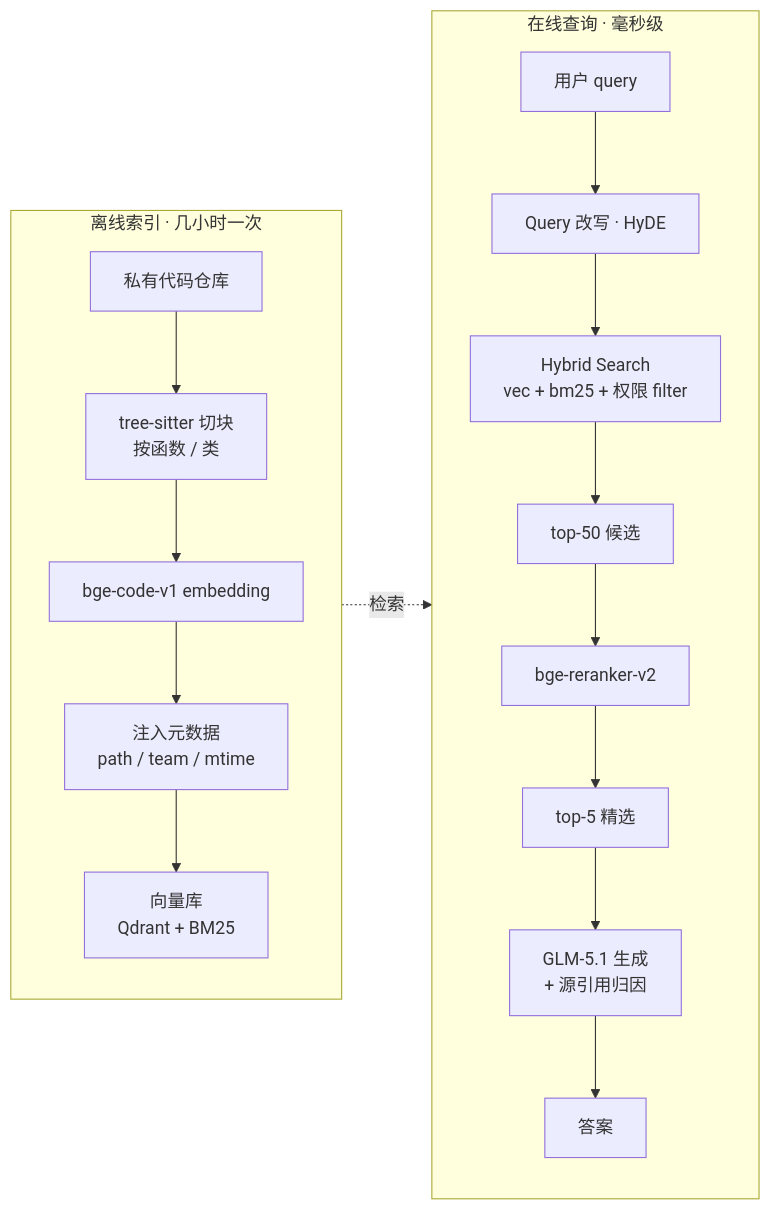
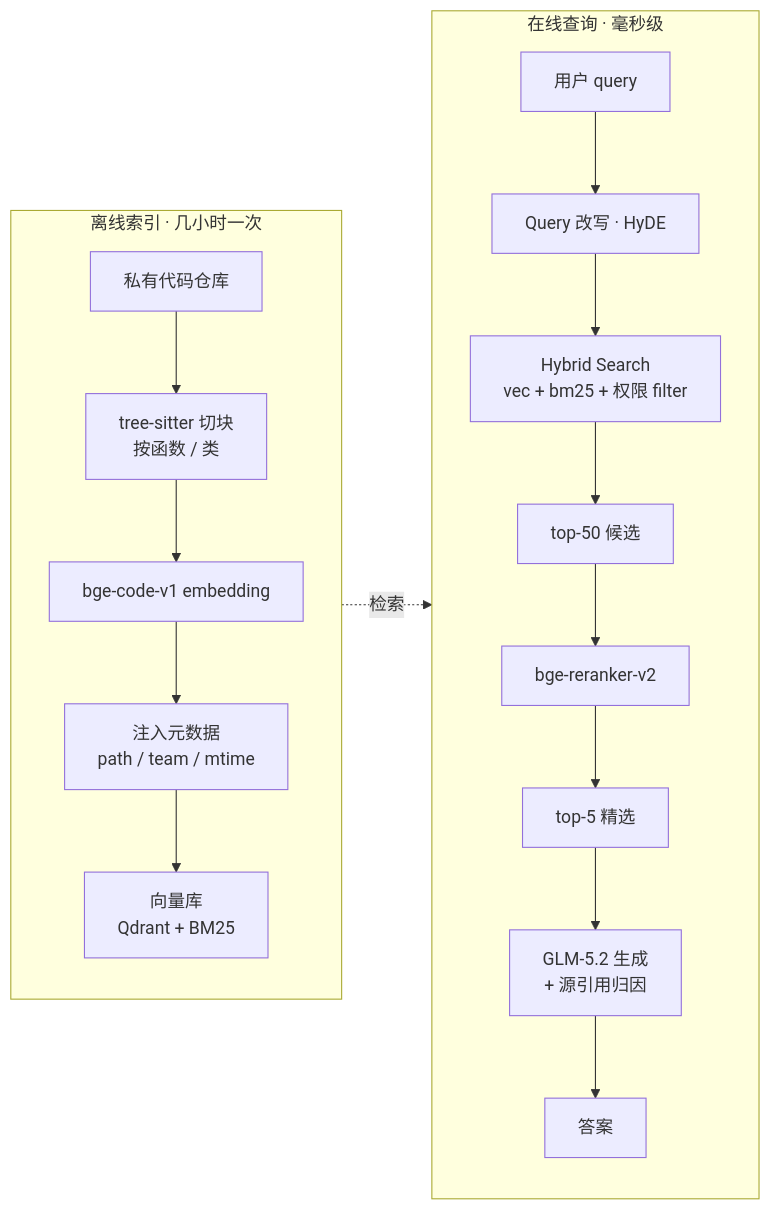
One commit to sqhuang/coding-llm-handbook changed the second of 2 diagrams in phase8_agent_apps.md. Above: the diagram before and after it, drawn with Mermaid. The commit also changed other lines of this file and 31 other files, not shown here.

````diff
--- a/phase8_agent_apps.md
+++ b/phase8_agent_apps.md
@@ -791,21 +791,21 @@
 ```mermaid
 flowchart LR
   subgraph OFF["离线索引 · 几小时一次"]
     direction TB
     REPO["私有代码仓库"] --> SP["tree-sitter 切块<br/>按函数 / 类"]
     SP --> EMB["bge-code-v1 embedding"]
     EMB --> META["注入元数据<br/>path / team / mtime"]
     META --> VDB["向量库<br/>Qdrant + BM25"]
   end
   subgraph ONL["在线查询 · 毫秒级"]
     direction TB
     Q["用户 query"] --> REW["Query 改写 · HyDE"]
     REW --> RET["Hybrid Search<br/>vec + bm25 + 权限 filter"]
     RET --> TOP50["top-50 候选"]
     TOP50 --> RR["bge-reranker-v2"]
     RR --> TOP5["top-5 精选"]
-    TOP5 --> GEN["GLM-5.1 生成<br/>+ 源引用归因"]
+    TOP5 --> GEN["GLM-5.2 生成<br/>+ 源引用归因"]
     GEN --> ANS["答案"]
   end
   VDB -.检索.-> RET
 ```
````
